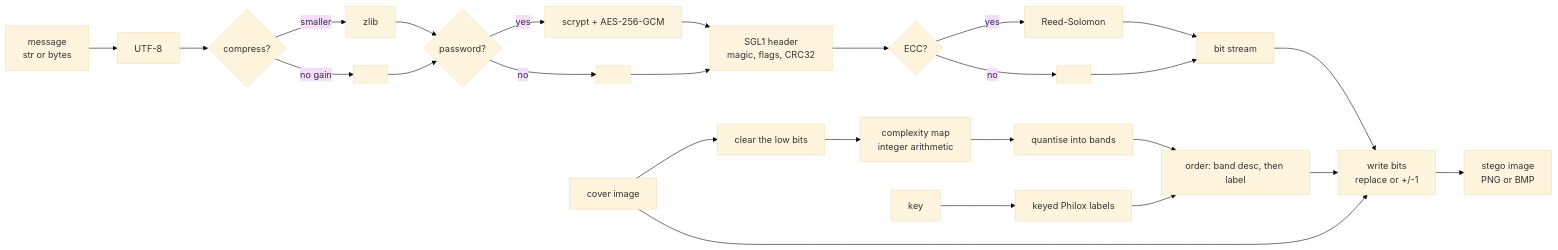
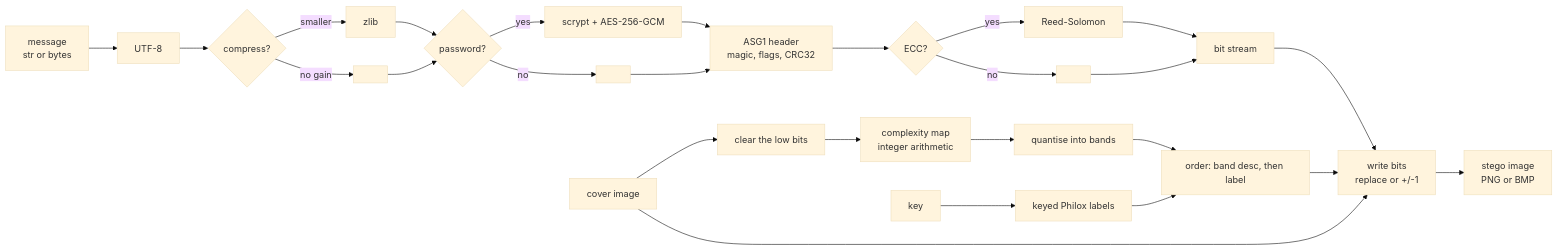
The second of 3 diagrams in docs/architecture.md (RE22GDV/AdaptiveStego), drawn with Mermaid (base theme) before and after one commit. The commit also changed other lines of this file and 51 other files, not shown here.

````diff
--- a/docs/architecture.md
+++ b/docs/architecture.md
@@ -58,29 +58,29 @@
 ```mermaid
 flowchart LR
     MSG["message<br/>str or bytes"] --> U8["UTF-8"]
     U8 --> Z{"compress?"}
     Z -->|smaller| ZLIB["zlib"]
     Z -->|no gain| SKIP[" "]
     ZLIB --> E{"password?"}
     SKIP --> E
     E -->|yes| AES["scrypt + AES-256-GCM"]
     E -->|no| PLAIN[" "]
-    AES --> HDR["SGL1 header<br/>magic, flags, CRC32"]
+    AES --> HDR["ASG1 header<br/>magic, flags, CRC32"]
     PLAIN --> HDR
     HDR --> R{"ECC?"}
     R -->|yes| RS["Reed-Solomon"]
     R -->|no| NORS[" "]
     RS --> BITS["bit stream"]
     NORS --> BITS
 
     COVER["cover image"] --> MASK["clear the low bits"]
     MASK --> MAP["complexity map<br/>integer arithmetic"]
     MAP --> BANDS["quantise into bands"]
     KEY["key"] --> TIE["keyed Philox labels"]
     BANDS --> ORDER["order: band desc, then label"]
     TIE --> ORDER
     ORDER --> WRITE["write bits<br/>replace or +/-1"]
     BITS --> WRITE
     COVER --> WRITE
     WRITE --> STEGO["stego image<br/>PNG or BMP"]
 ```
````
